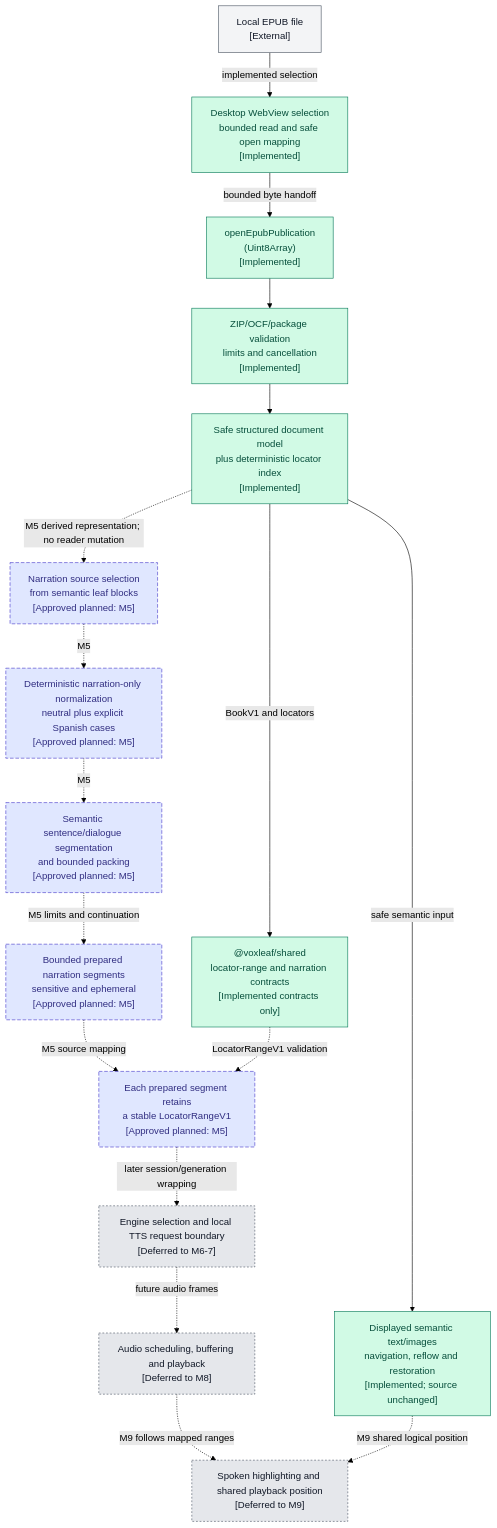
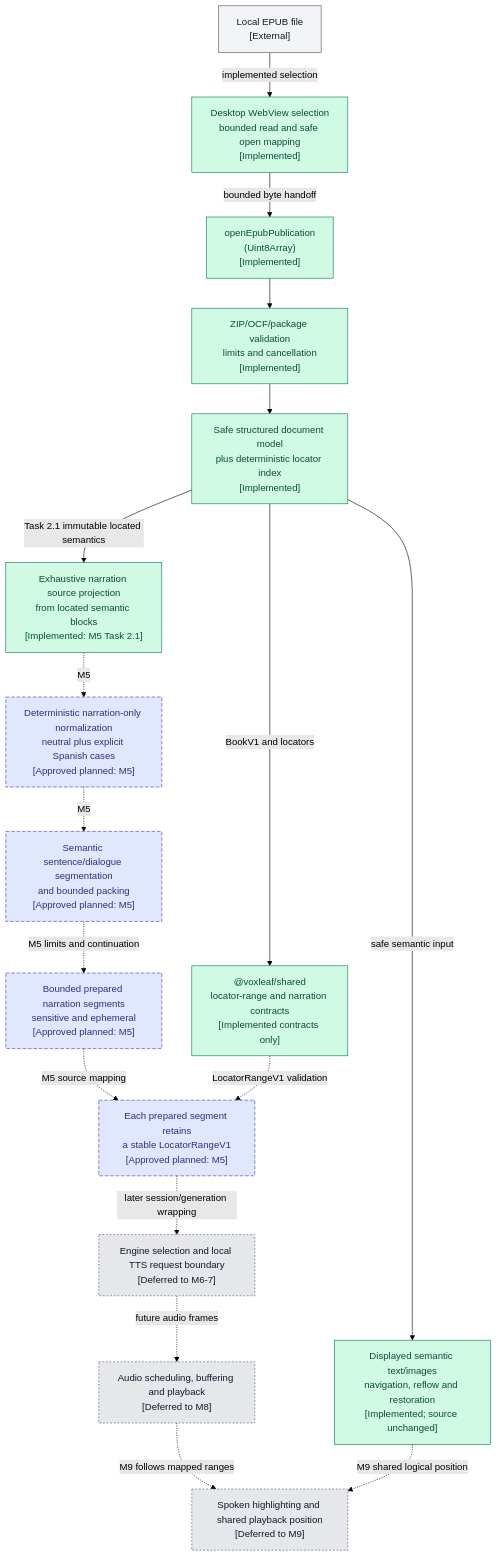
The second of 2 diagrams in docs/architecture/system-diagram.md (mmjosedaniel/voxleaf), drawn with Mermaid (forest theme) before and after one commit. The commit also changed other lines of this file and 15 other files, not shown here.

Commit message:
Implement narration source projection (#79)

````diff
--- a/docs/architecture/system-diagram.md
+++ b/docs/architecture/system-diagram.md
@@ -99,40 +99,40 @@
 ```mermaid
 flowchart TB
   classDef implemented fill:#d1fae5,stroke:#047857,color:#064e3b
   classDef inprogress fill:#fef3c7,stroke:#b45309,stroke-width:3px,color:#78350f
   classDef planned fill:#e0e7ff,stroke:#4338ca,stroke-dasharray:6 3,color:#312e81
   classDef deferred fill:#e5e7eb,stroke:#4b5563,stroke-dasharray:3 3,color:#111827
   classDef external fill:#f3f4f6,stroke:#4b5563,color:#111827
 
   file["Local EPUB file<br/>[External]"]:::external
   selection["Desktop WebView selection<br/>bounded read and safe open mapping<br/>[Implemented]"]:::implemented
   opener["openEpubPublication<br/>(Uint8Array)<br/>[Implemented]"]:::implemented
   validation["ZIP/OCF/package validation<br/>limits and cancellation<br/>[Implemented]"]:::implemented
   semantics["Safe structured document model<br/>plus deterministic locator index<br/>[Implemented]"]:::implemented
   visualReader["Displayed semantic text/images<br/>navigation, reflow and restoration<br/>[Implemented; source unchanged]"]:::implemented
   contracts["@voxleaf/shared<br/>locator-range and narration contracts<br/>[Implemented contracts only]"]:::implemented
-  sourceSelection["Narration source selection<br/>from semantic leaf blocks<br/>[Approved planned: M5]"]:::planned
+  sourceSelection["Exhaustive narration source projection<br/>from located semantic blocks<br/>[Implemented: M5 Task 2.1]"]:::implemented
   normalization["Deterministic narration-only normalization<br/>neutral plus explicit Spanish cases<br/>[Approved planned: M5]"]:::planned
   segmentation["Semantic sentence/dialogue segmentation<br/>and bounded packing<br/>[Approved planned: M5]"]:::planned
   boundedSegments["Bounded prepared narration segments<br/>sensitive and ephemeral<br/>[Approved planned: M5]"]:::planned
   mappedSegments["Each prepared segment retains<br/>a stable LocatorRangeV1<br/>[Approved planned: M5]"]:::planned
   ttsBoundary["Engine selection and local TTS request boundary<br/>[Deferred to M6-7]"]:::deferred
   audioPipeline["Audio scheduling, buffering and playback<br/>[Deferred to M8]"]:::deferred
   synchronizedReader["Spoken highlighting and shared playback position<br/>[Deferred to M9]"]:::deferred
 
   file -->|implemented selection| selection
   selection -->|bounded byte handoff| opener
   opener --> validation --> semantics
   semantics -->|safe semantic input| visualReader
   semantics -->|BookV1 and locators| contracts
-  semantics -.->|M5 derived representation; no reader mutation| sourceSelection
+  semantics -->|Task 2.1 immutable located semantics| sourceSelection
   sourceSelection -.->|M5| normalization
   normalization -.->|M5| segmentation
   segmentation -.->|M5 limits and continuation| boundedSegments
   boundedSegments -.->|M5 source mapping| mappedSegments
   contracts -.->|LocatorRangeV1 validation| mappedSegments
   mappedSegments -.->|later session/generation wrapping| ttsBoundary
   ttsBoundary -.->|future audio frames| audioPipeline
   audioPipeline -.->|M9 follows mapped ranges| synchronizedReader
   visualReader -.->|M9 shared logical position| synchronizedReader
 ```
````
